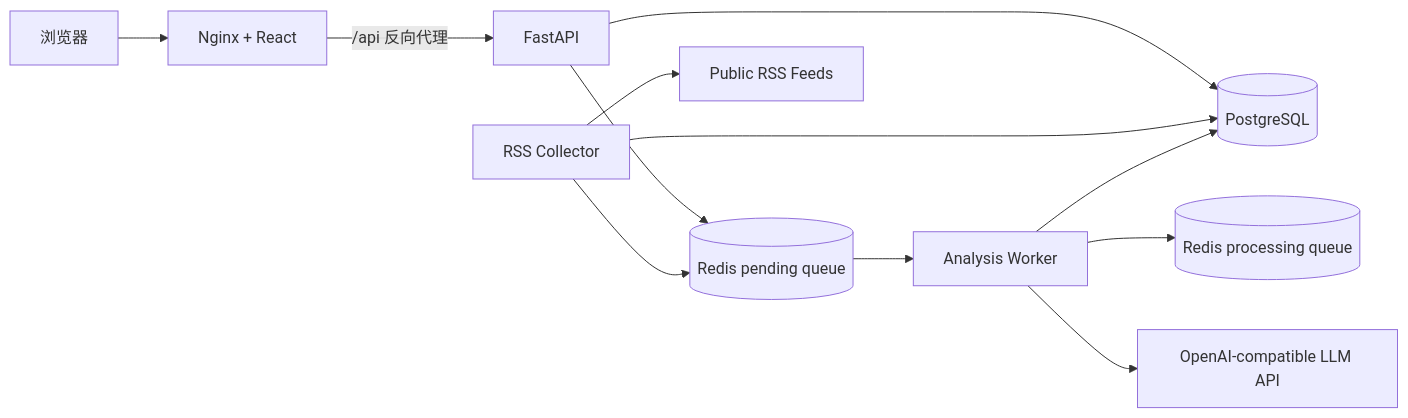
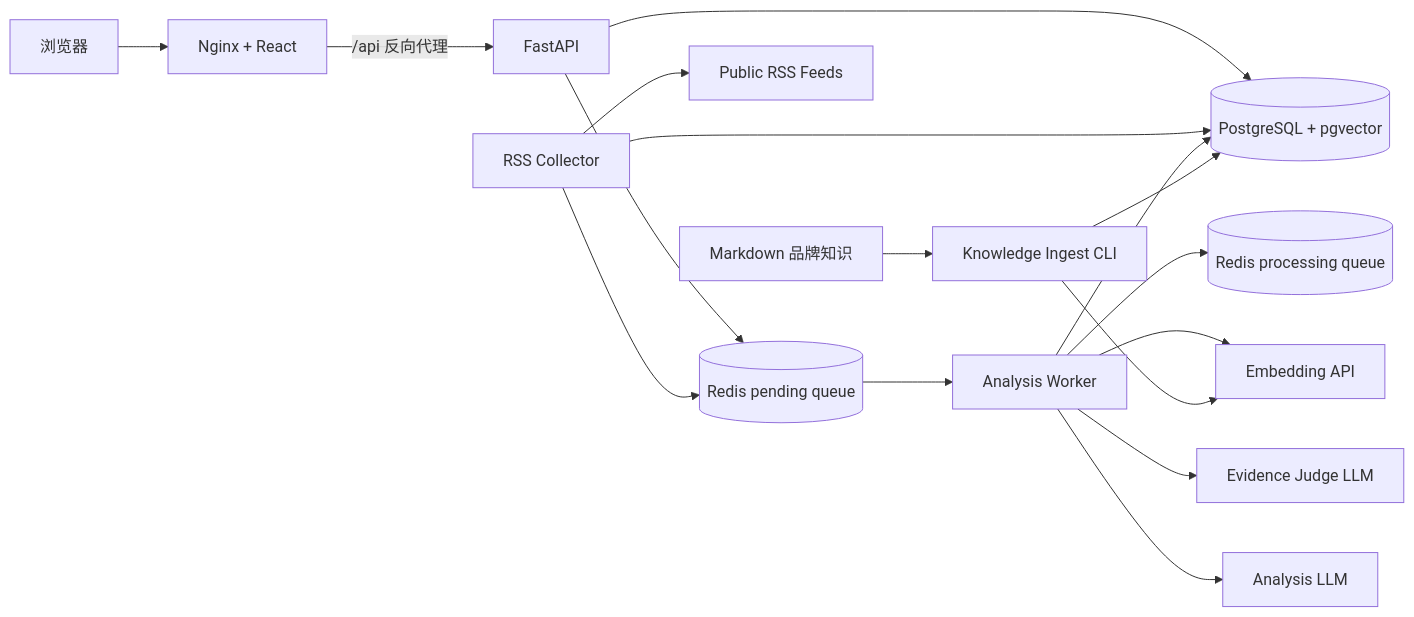
Before and after one commit to querh96-forward/brandpulse: the diagram in README.md, drawn with Mermaid. The commit also changed other lines of this file and 46 other files, not shown here.

Commit message:
feat: add evidence-guarded pgvector RAG pipeline

````diff
--- a/README.md
+++ b/README.md
@@ -26,14 +31,19 @@
 ```mermaid
 flowchart LR
     Browser[浏览器] --> Nginx[Nginx + React]
     Nginx -->|/api 反向代理| API[FastAPI]
-    API --> PostgreSQL[(PostgreSQL)]
+    API --> PostgreSQL[(PostgreSQL + pgvector)]
     API --> Redis[(Redis pending queue)]
     Collector[RSS Collector] --> RSS[Public RSS Feeds]
     Collector --> PostgreSQL
     Collector --> Redis
     Redis --> Worker[Analysis Worker]
     Worker --> Processing[(Redis processing queue)]
-    Worker --> LLM[OpenAI-compatible LLM API]
+    Worker --> Embedding[Embedding API]
+    Worker --> Judge[Evidence Judge LLM]
+    Worker --> LLM[Analysis LLM]
     Worker --> PostgreSQL
+    Docs[Markdown 品牌知识] --> Ingest[Knowledge Ingest CLI]
+    Ingest --> Embedding
+    Ingest --> PostgreSQL
 ```
````
